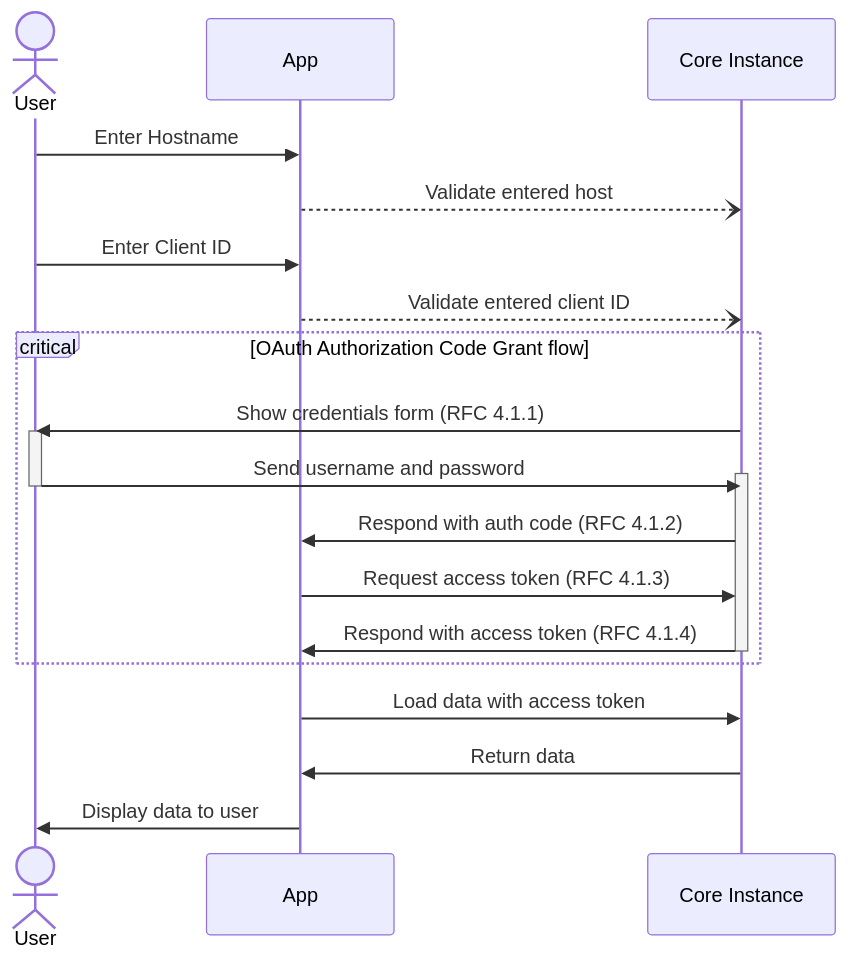
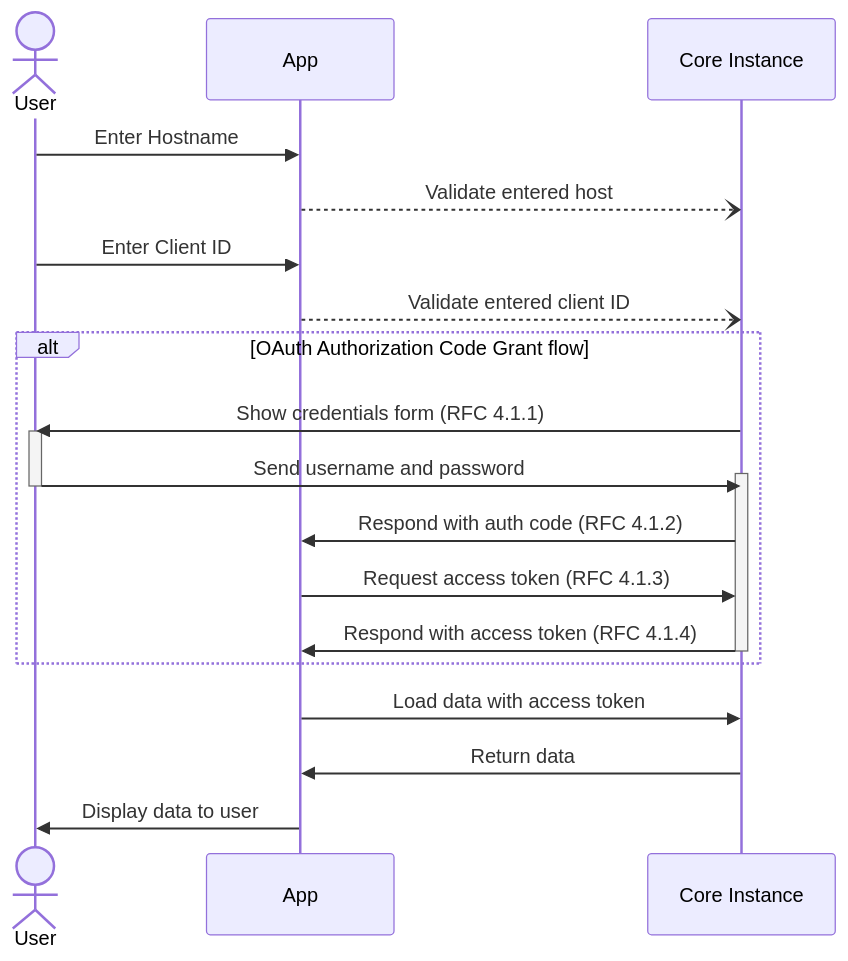
One commit to photos-network/android changed the first of 2 diagrams in README.md. Above: the diagram before and after it, drawn with Mermaid.

Commit message:
try with alt

````diff
--- a/README.md
+++ b/README.md
@@ -22,25 +22,27 @@
 ```mermaid
 sequenceDiagram
     actor U as User
     participant A as App
     participant C as Core Instance
     U->>A: Enter Hostname
     A--)C: Validate entered host
     U->>A: Enter Client ID
     A--)C: Validate entered client ID
-    critical OAuth Authorization Code Grant flow
+    
+    alt OAuth Authorization Code Grant flow
+    
       C->>U: Show credentials form (RFC 4.1.1)
       activate U
       U->>C: Send username and password
       activate C
       deactivate U
       C->>A: Respond with auth code (RFC 4.1.2)
       A->>C: Request access token (RFC 4.1.3)
       C->>A: Respond with access token (RFC 4.1.4)
       deactivate C
     end
     A->>C: Load data with access token
     C->>A: Return data
     A->>U: Display data to user
 
 ```
````
